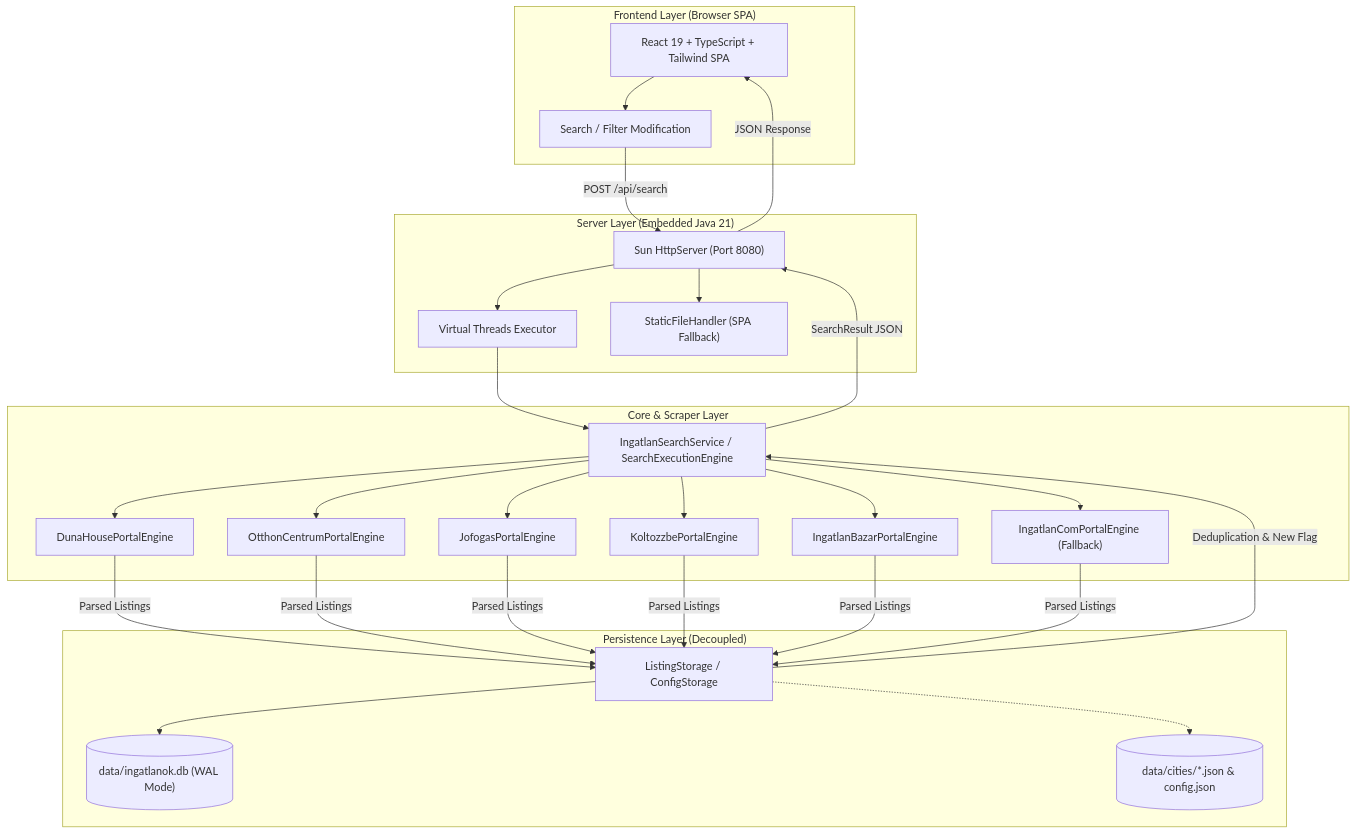
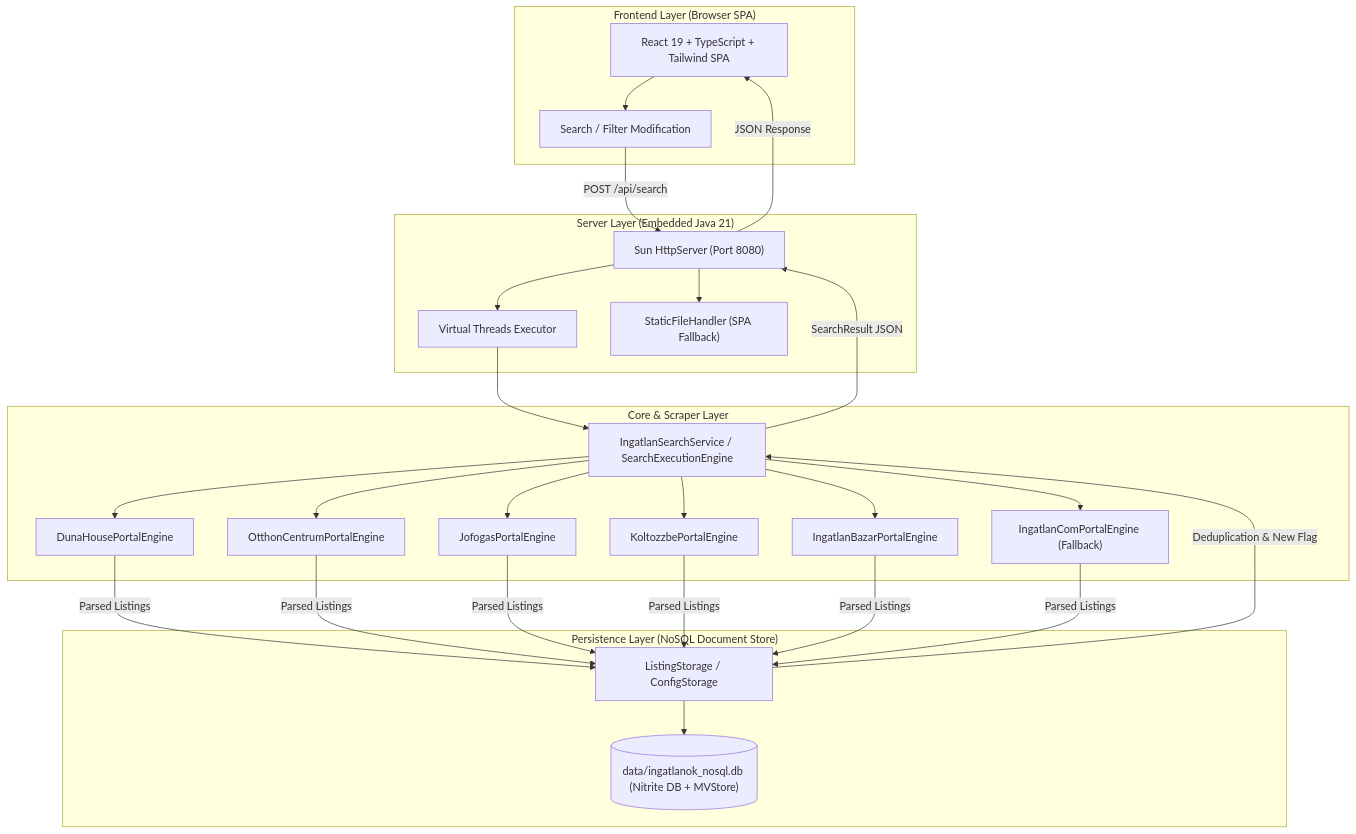
Before and after one commit to Luxeonn/ingatlan-kereso: the diagram in gemini.md, drawn with Mermaid. The commit also changed other lines of this file and 30 other files, not shown here.

First line of the commit message:
refactor: replace relational SQL and 3NF with embedded Nitrite NoSQL document store (#137)

````diff
--- a/gemini.md
+++ b/gemini.md
@@ -13,44 +13,42 @@
 ```mermaid
 flowchart TD
     subgraph UI ["Frontend Layer (Browser SPA)"]
         SPA["React 19 + TypeScript + Tailwind SPA"]
         Event["Search / Filter Modification"]
         SPA --> Event
     end
 
     subgraph Server ["Server Layer (Embedded Java 21)"]
         HTTP["Sun HttpServer (Port 8080)"]
         VThread["Virtual Threads Executor"]
         Static["StaticFileHandler (SPA Fallback)"]
         HTTP --> VThread
         HTTP --> Static
     end
 
     subgraph Service ["Core & Scraper Layer"]
         Orchestrator["IngatlanSearchService / SearchExecutionEngine"]
         P1["DunaHousePortalEngine"]
         P2["OtthonCentrumPortalEngine"]
         P3["JofogasPortalEngine"]
         P4["KoltozzbePortalEngine"]
         P5["IngatlanBazarPortalEngine"]
         P6["IngatlanComPortalEngine (Fallback)"]
         
         Orchestrator --> P1 & P2 & P3 & P4 & P5 & P6
     end
 
-    subgraph Persistence ["Persistence Layer (Decoupled)"]
+    subgraph Persistence ["Persistence Layer (NoSQL Document Store)"]
         Storage["ListingStorage / ConfigStorage"]
-        SQLite[("data/ingatlanok.db (WAL Mode)")]
-        JSON[("data/cities/*.json & config.json")]
+        Nitrite[("data/ingatlanok_nosql.db (Nitrite DB + MVStore)")]
         
-        Storage --> SQLite
-        Storage -.-> JSON
+        Storage --> Nitrite
     end
 
     Event -->|POST /api/search| HTTP
     VThread --> Orchestrator
     P1 & P2 & P3 & P4 & P5 & P6 -->|Parsed Listings| Storage
     Storage -->|Deduplication & New Flag| Orchestrator
     Orchestrator -->|SearchResult JSON| HTTP
     HTTP -->|JSON Response| SPA
 ```
````
